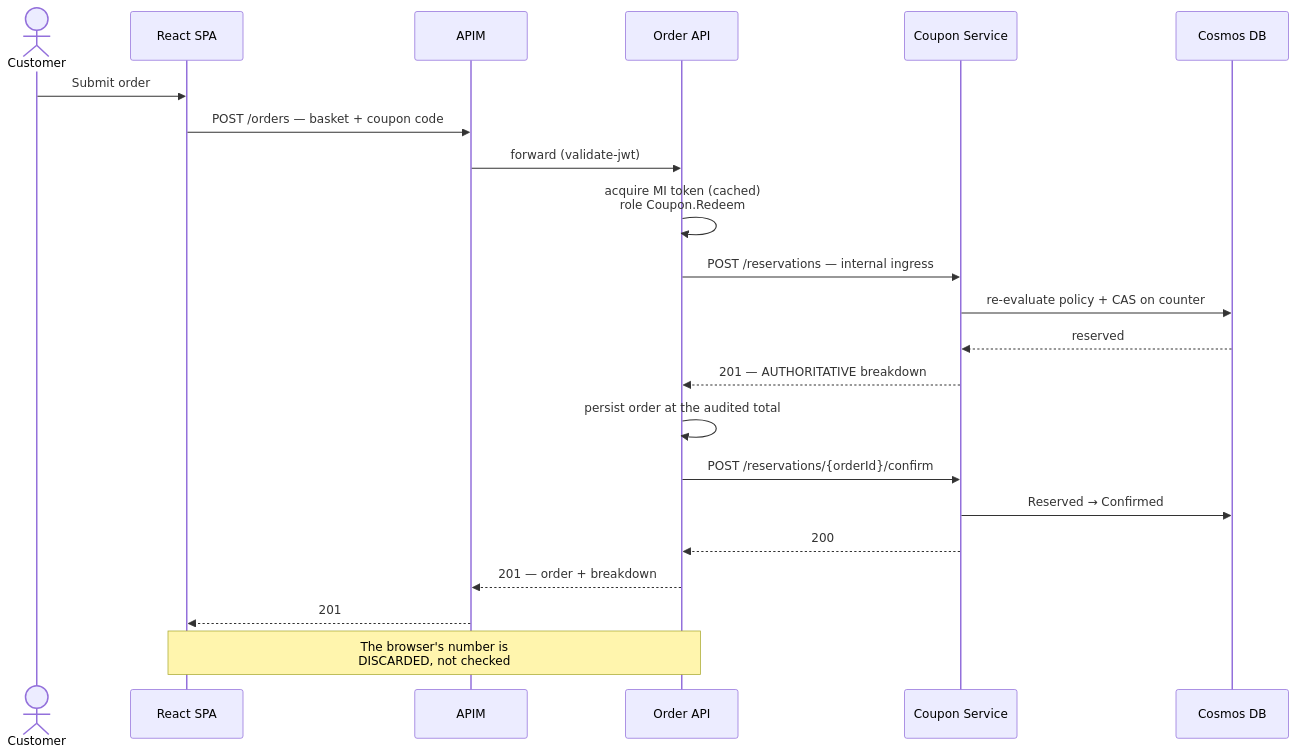
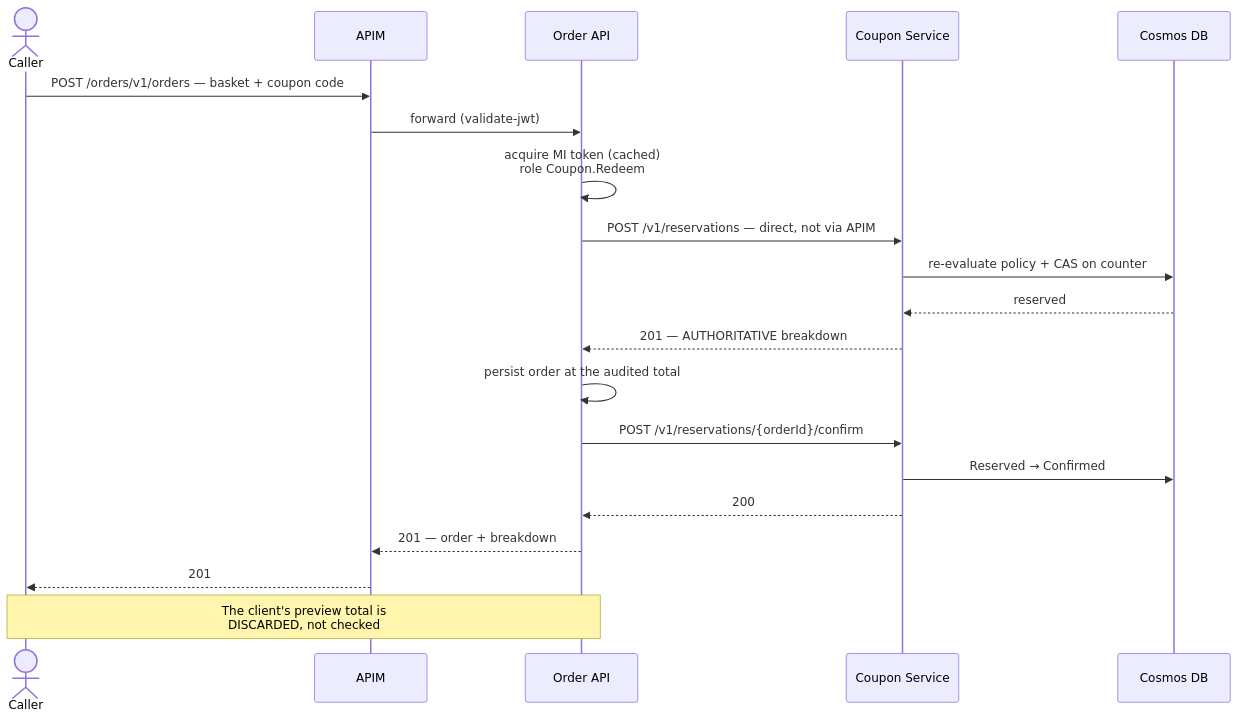
Before and after one commit to r4rad/coupon-service: diagram 13 of 22 in docs/solution-architecture.md, drawn with Mermaid. The commit also changed other lines of this file and 1 other file, not shown here.

First line of the commit message:
Align solution architecture with the as-built system.

````diff
--- a/docs/solution-architecture.md
+++ b/docs/solution-architecture.md
@@ -661,25 +658,23 @@
 ```mermaid
 sequenceDiagram
-    actor C as Customer
-    participant SPA as React SPA
+    actor C as Caller
     participant APIM as APIM
     participant OA as Order API
     participant CS as Coupon Service
     participant DB as Cosmos DB
 
-    C->>SPA: Submit order
-    SPA->>APIM: POST /orders — basket + coupon code
+    C->>APIM: POST /orders/v1/orders — basket + coupon code
     APIM->>OA: forward (validate-jwt)
     OA->>OA: acquire MI token (cached)<br/>role Coupon.Redeem
-    OA->>CS: POST /reservations — internal ingress
+    OA->>CS: POST /v1/reservations — direct, not via APIM
     CS->>DB: re-evaluate policy + CAS on counter
     DB-->>CS: reserved
     CS-->>OA: 201 — AUTHORITATIVE breakdown
     OA->>OA: persist order at the audited total
-    OA->>CS: POST /reservations/{orderId}/confirm
+    OA->>CS: POST /v1/reservations/{orderId}/confirm
     CS->>DB: Reserved → Confirmed
     CS-->>OA: 200
     OA-->>APIM: 201 — order + breakdown
-    APIM-->>SPA: 201
-    Note over SPA,OA: The browser's number is<br/>DISCARDED, not checked
+    APIM-->>C: 201
+    Note over C,OA: The client's preview total is<br/>DISCARDED, not checked
 ```
````
